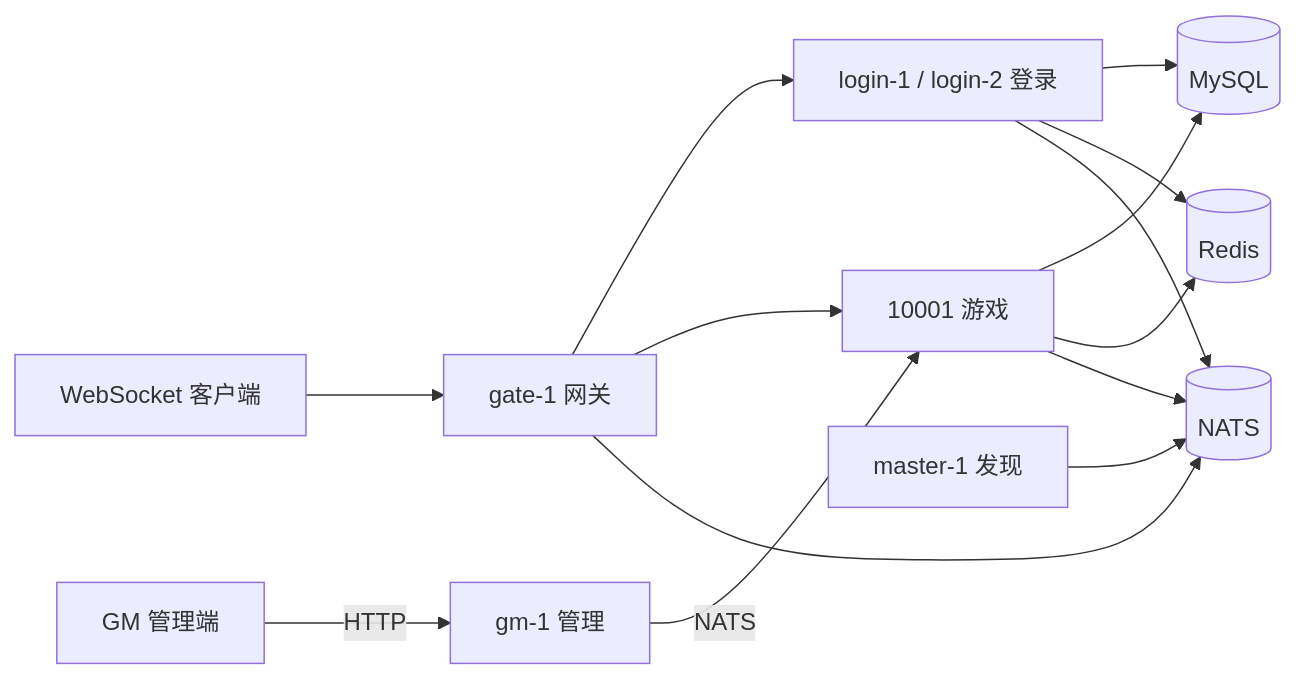
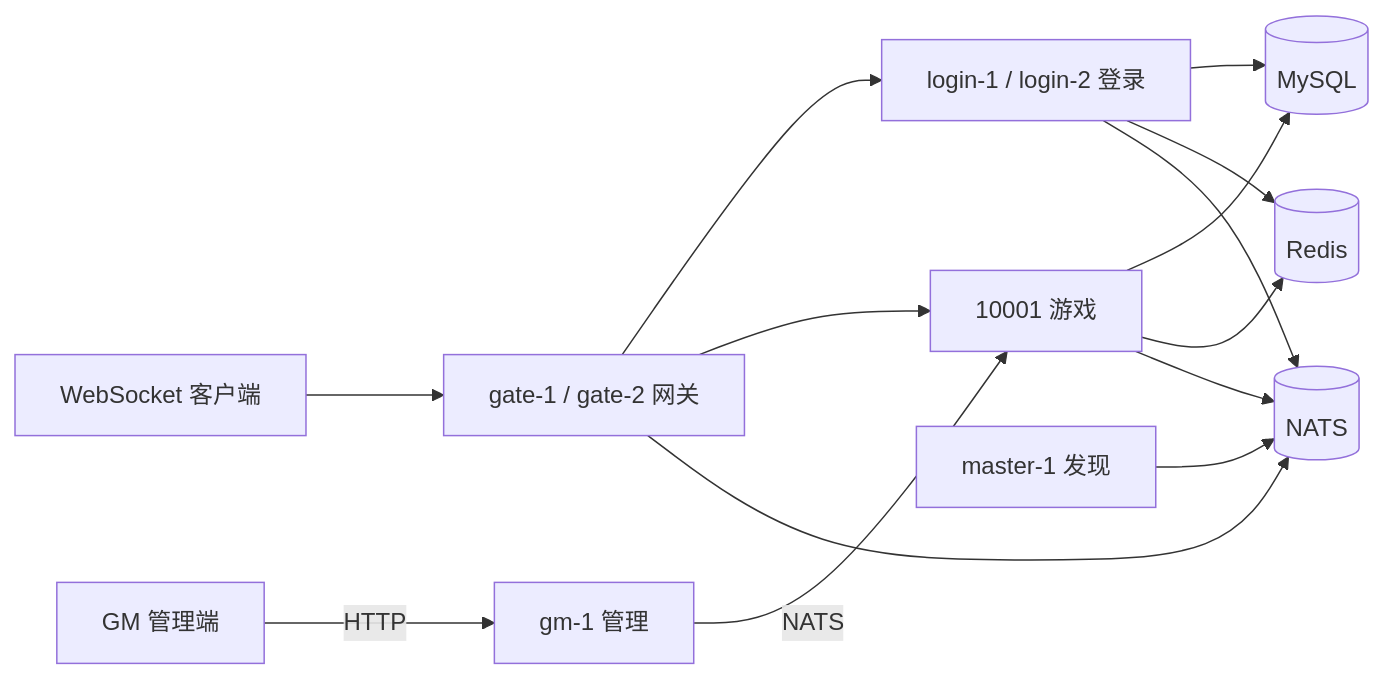
The diagram in README.md (Gluocheng/mmo-server), drawn with Mermaid before and after one commit. The commit also changed other lines of this file and 12 other files, not shown here.

````diff
--- a/README.md
+++ b/README.md
@@ -9,27 +9,27 @@
 ```mermaid
 flowchart LR
   Client[WebSocket 客户端]
   Admin[GM 管理端]
-  Gate[gate-1 网关]
+  Gate[gate-1 / gate-2 网关]
   Login[login-1 / login-2 登录]
   Game[10001 游戏]
   GM[gm-1 管理]
   Master[master-1 发现]
   NATS[(NATS)]
   MySQL[(MySQL)]
   Redis[(Redis)]
 
   Client --> Gate
   Admin -->|HTTP| GM
   Gate --> Login
   Gate --> Game
   GM -->|NATS| Game
   Login --> MySQL
   Login --> Redis
   Game --> MySQL
   Game --> Redis
   Gate --> NATS
   Login --> NATS
   Game --> NATS
   Master --> NATS
 ```
````
